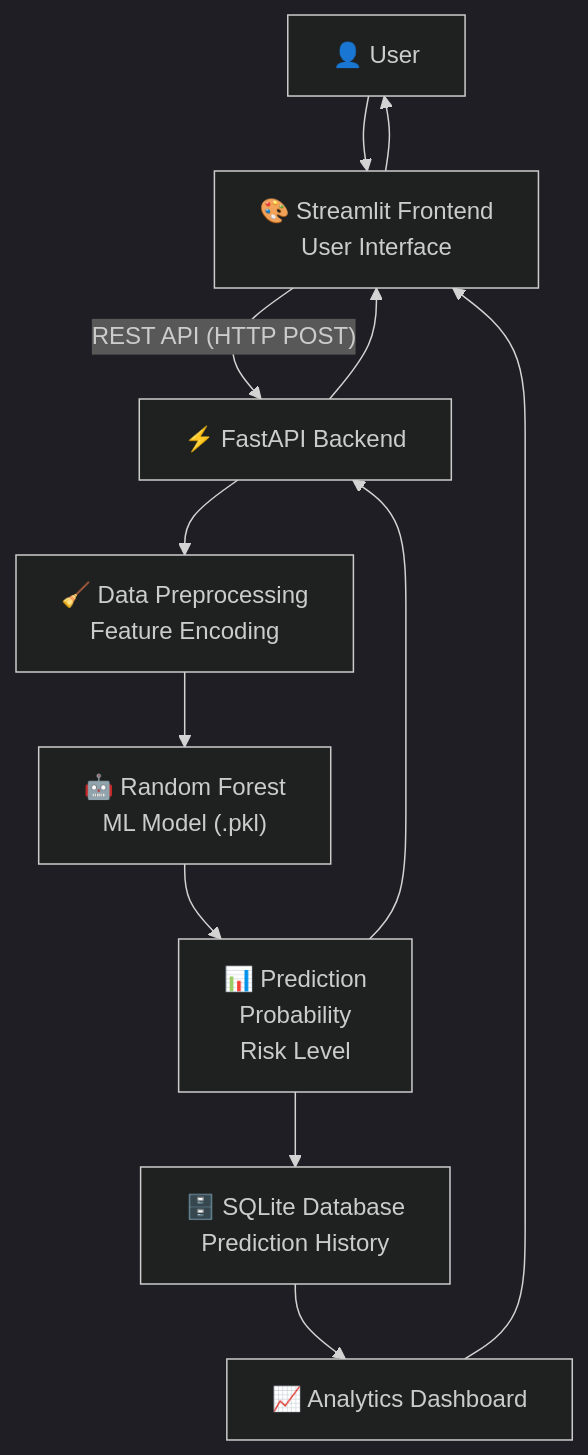
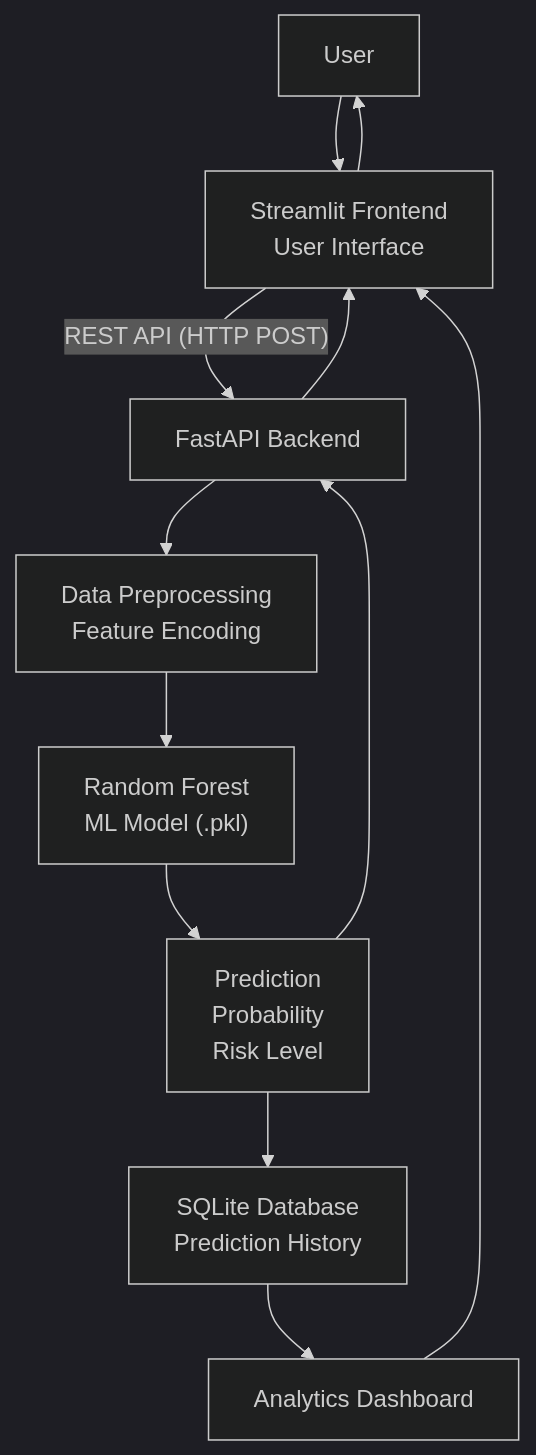
Before and after one commit to TanmayJindal1205/Intelligent-ITSM-Decision-Support-System: the diagram in README.md, drawn with Mermaid (dark theme).

````diff
--- a/README.md
+++ b/README.md
@@ -203,31 +203,31 @@
 ```mermaid
 flowchart TD
 
-    U["👤 User"]
+    U["User"]
 
-    U --> S["🎨 Streamlit Frontend
+    U --> S["Streamlit Frontend
     User Interface"]
 
-    S -->|"REST API (HTTP POST)"| F["⚡ FastAPI Backend"]
+    S -->|"REST API (HTTP POST)"| F["FastAPI Backend"]
 
-    F --> P["🧹 Data Preprocessing
+    F --> P["Data Preprocessing
     Feature Encoding"]
 
-    P --> M["🤖 Random Forest
+    P --> M["Random Forest
     ML Model (.pkl)"]
 
-    M --> R["📊 Prediction
+    M --> R["Prediction
     Probability
     Risk Level"]
 
-    R --> DB["🗄️ SQLite Database
+    R --> DB["SQLite Database
     Prediction History"]
 
-    DB --> D["📈 Analytics Dashboard"]
+    DB --> D["Analytics Dashboard"]
 
     R --> F
     F --> S
     D --> S
 
     S --> U
 ```
````
